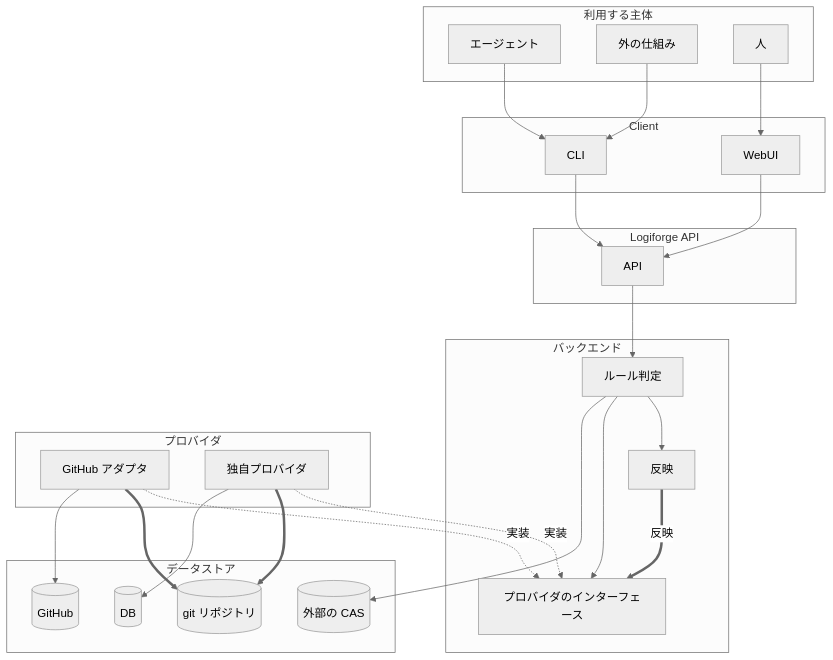
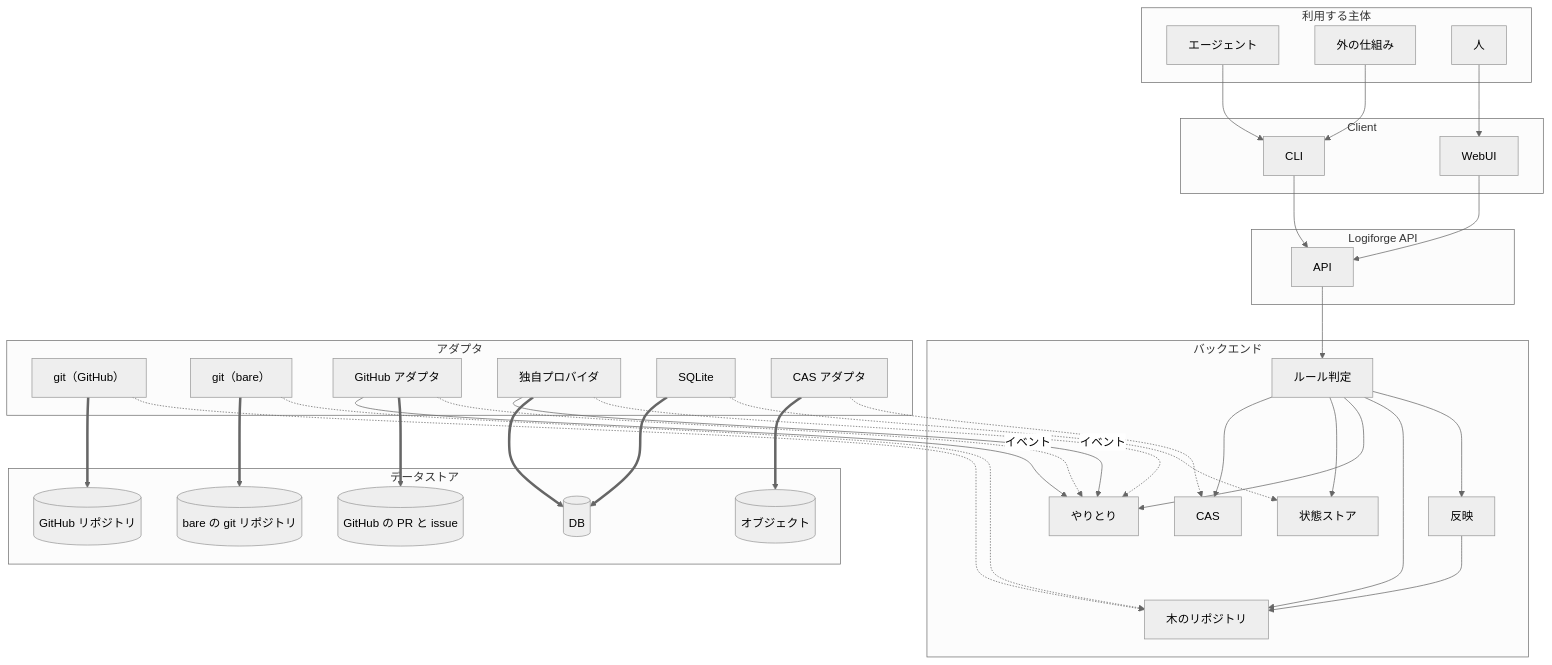
One commit to yamambainc/logiforge changed the diagram in design/architecture.md. Above: the diagram before and after it, drawn with Mermaid (neutral theme). The commit also changed other lines of this file and 51 other files, not shown here.

````diff
--- a/design/architecture.md
+++ b/design/architecture.md
@@ -8,46 +8,64 @@
 ```mermaid
 flowchart TB
   subgraph US["利用する主体"]
     AGT["エージェント"]
     EXT["外の仕組み"]
     HUM["人"]
   end
   subgraph CL["Client"]
     CLI["CLI"]
     WEB["WebUI"]
   end
   subgraph AP["Logiforge API"]
     API["API"]
   end
   subgraph BE["バックエンド"]
     RULE["ルール判定"]
     MERGE["反映"]
-    IF["プロバイダのインターフェース"]
+    P1["木のリポジトリ"]
+    P2["やりとり"]
+    P3["状態ストア"]
+    P4["CAS"]
   end
-  subgraph PR["プロバイダ"]
+  subgraph AD["アダプタ"]
+    GITR["git（GitHub）"]
+    GITL["git（bare）"]
     GH["GitHub アダプタ"]
     NA["独自プロバイダ"]
+    SQ["SQLite"]
+    CA["CAS アダプタ"]
   end
   subgraph DS["データストア"]
-    GIT[("git リポジトリ")]
-    CAS[("外部の CAS")]
-    GHS[("GitHub")]
+    GHR[("GitHub リポジトリ")]
+    BARE[("bare の git リポジトリ")]
+    GHS[("GitHub の PR と issue")]
     DB[("DB")]
+    OBJ[("オブジェクト")]
   end
   AGT --> CLI
   EXT --> CLI
   HUM --> WEB
   CLI --> API
   WEB --> API
   API --> RULE
   RULE --> MERGE
-  RULE --> IF
-  MERGE ==>|反映| IF
-  GH -.->|実装| IF
-  NA -.->|実装| IF
-  GH ==> GIT
-  NA ==> GIT
-  GH --> GHS
-  NA --> DB
-  RULE --> CAS
+  RULE --> P1
+  RULE --> P2
+  RULE --> P3
+  RULE --> P4
+  MERGE --> P1
+  GITR -.-> P1
+  GITL -.-> P1
+  GH -.-> P2
+  NA -.-> P2
+  SQ -.-> P3
+  CA -.-> P4
+  GITR ==> GHR
+  GITL ==> BARE
+  GH ==> GHS
+  NA ==> DB
+  SQ ==> DB
+  CA ==> OBJ
+  GH -->|イベント| P2
+  NA -->|イベント| P2
 ```
````
